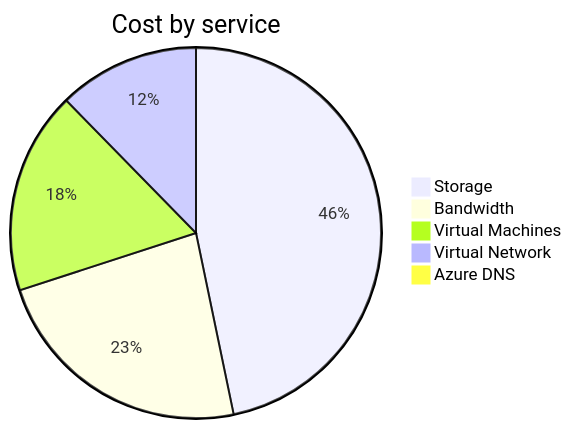
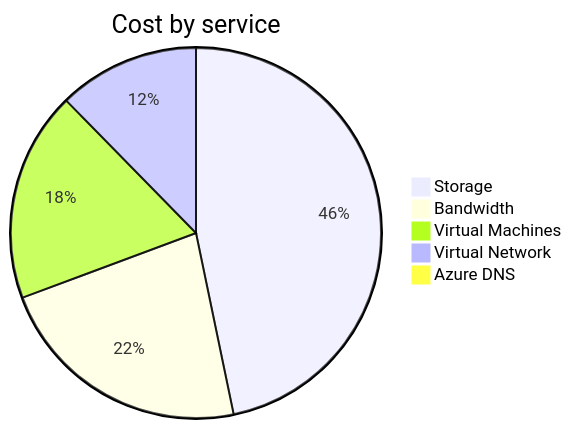
One commit to jpfulton/azure-personal-reports changed the second of 4 diagrams in cost-reports/personal-network/README.md. Above: the diagram before and after it, drawn with Mermaid. The commit also changed other lines of this file and 8 other files, not shown here.

````diff
--- a/cost-reports/personal-network/README.md
+++ b/cost-reports/personal-network/README.md
@@ -95,9 +95,9 @@
 ```mermaid
 pie
    title Cost by service
-   "Storage" : 19.07
-   "Bandwidth" : 9.49
-   "Virtual Machines" : 7.21
-   "Virtual Network" : 5.03
-   "Azure DNS" : 0.34
+   "Storage" : 19.93
+   "Bandwidth" : 9.63
+   "Virtual Machines" : 7.82
+   "Virtual Network" : 5.26
+   "Azure DNS" : 0.35
 ```
````
